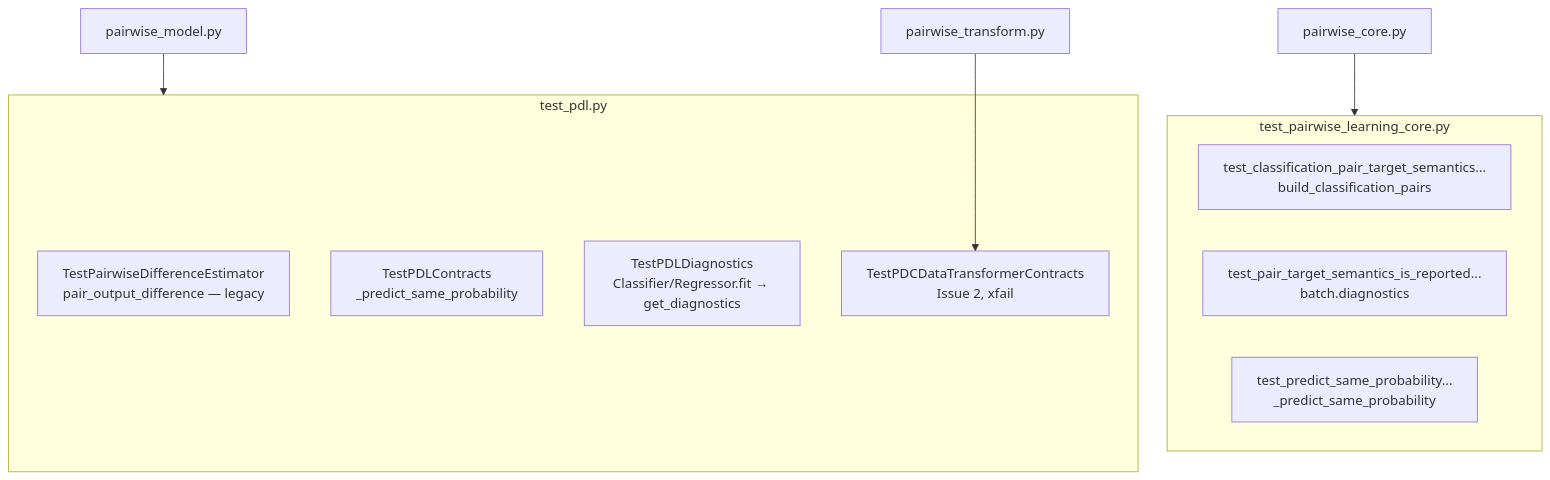
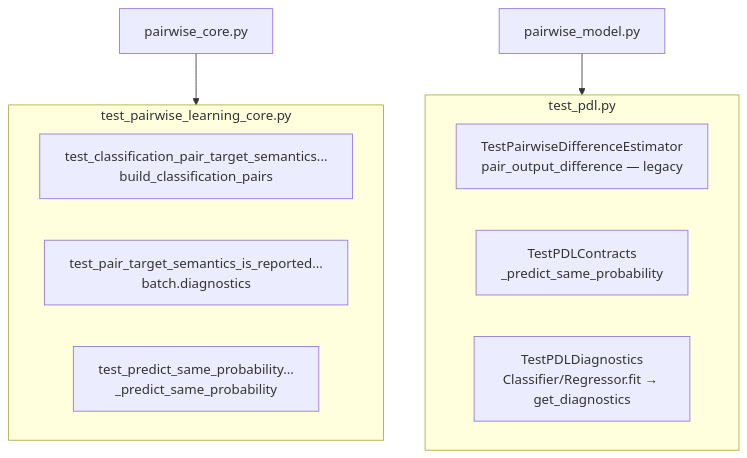
The third of 3 diagrams in docs/pr_plans/pdl-time-series/pr_1_safety_and_contracts.md (aimclub/Fedot.Industrial), drawn with Mermaid before and after one commit. The commit also changed other lines of this file and 2 other files, not shown here.

````diff
--- a/docs/pr_plans/pdl-time-series/pr_1_safety_and_contracts.md
+++ b/docs/pr_plans/pdl-time-series/pr_1_safety_and_contracts.md
@@ -112,20 +112,18 @@
 ```mermaid
 flowchart TB
     subgraph core ["test_pairwise_learning_core.py"]
         C1["test_classification_pair_target_semantics...<br/>build_classification_pairs"]
         C2["test_pair_target_semantics_is_reported...<br/>batch.diagnostics"]
         C3["test_predict_same_probability...<br/>_predict_same_probability"]
     end
 
     subgraph pdl ["test_pdl.py"]
         P1["TestPairwiseDifferenceEstimator<br/>pair_output_difference — legacy"]
         P2["TestPDLContracts<br/>_predict_same_probability"]
         P3["TestPDLDiagnostics<br/>Classifier/Regressor.fit → get_diagnostics"]
-        P4["TestPDCDataTransformerContracts<br/>Issue 2, xfail"]
     end
 
     pairwise_core["pairwise_core.py"] --> core
     pairwise_model["pairwise_model.py"] --> pdl
-    pairwise_transform["pairwise_transform.py"] --> P4
 
 ```
````
